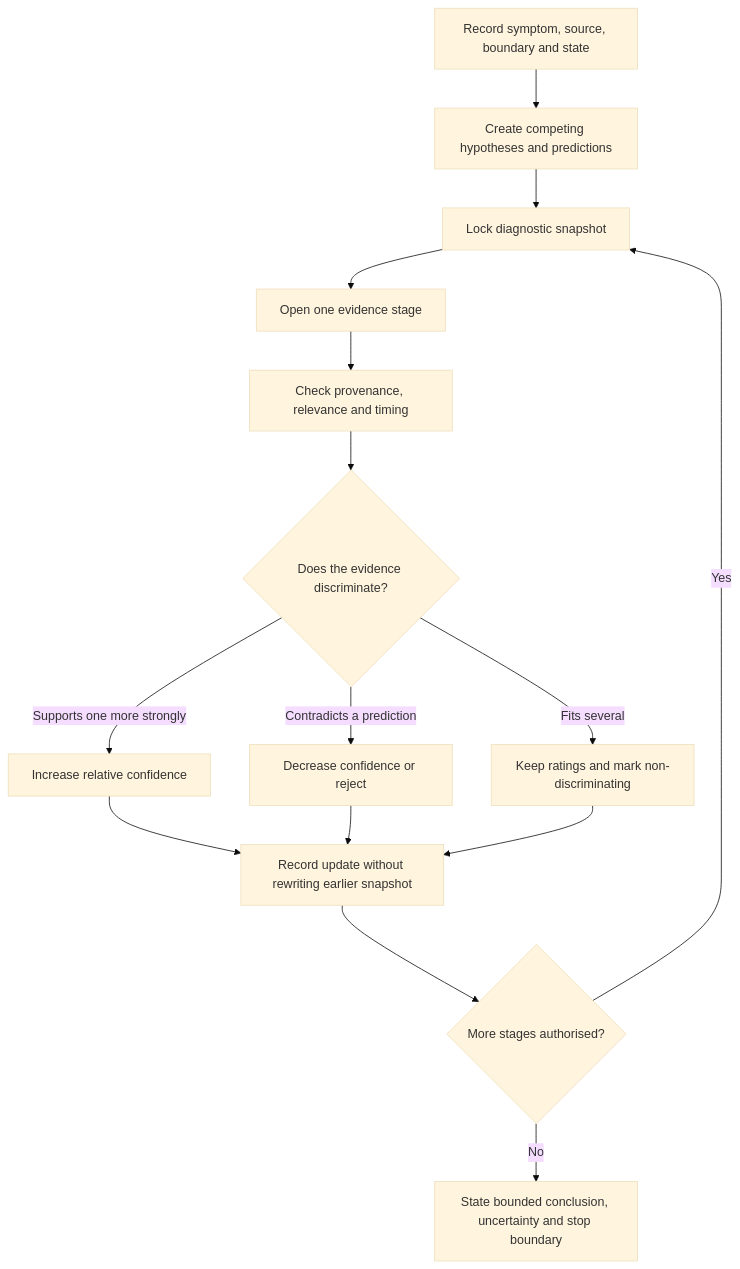
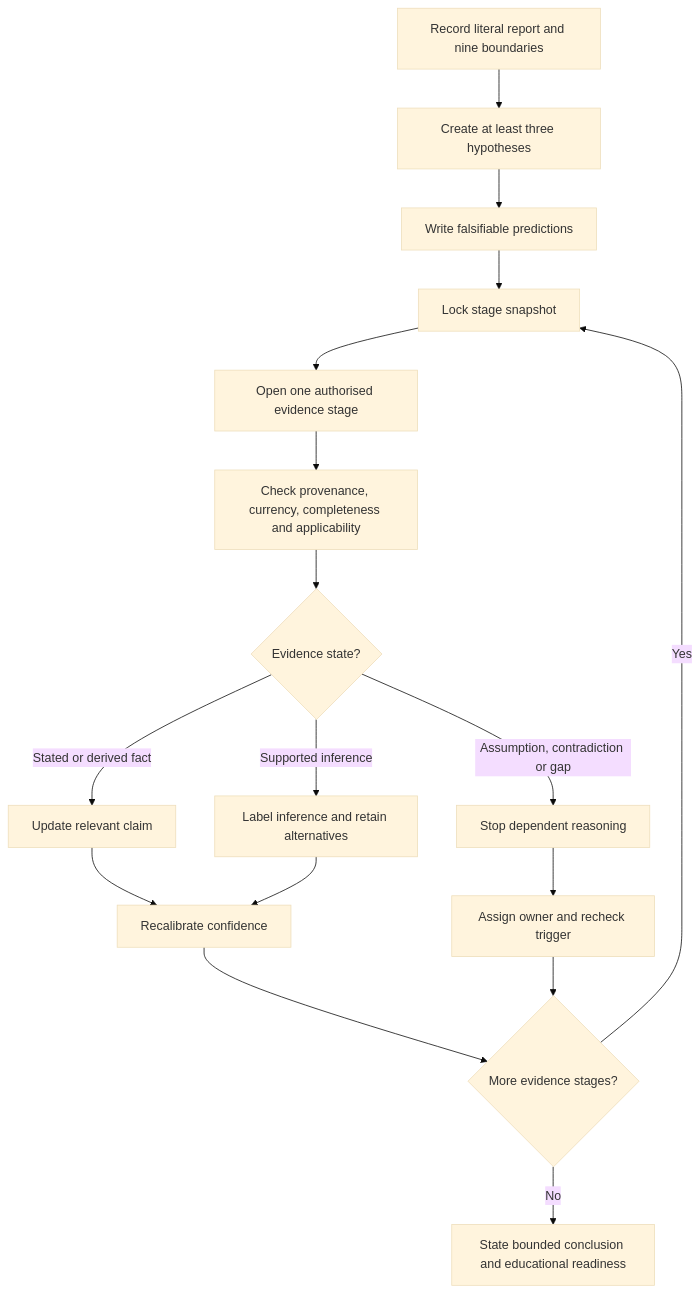
The first of 2 diagrams in docs/learning-plans/12-week/modules/day-69-fault-scenario-with-staged-evidence-release.md (andrew3stedall/capstone), drawn with Mermaid (base theme) before and after one commit. The commit also changed other lines of this file and 3 other files, not shown here.

Commit message:
Improve Day 69 staged evidence reasoning

````diff
--- a/docs/learning-plans/12-week/modules/day-69-fault-scenario-with-staged-evidence-release.md
+++ b/docs/learning-plans/12-week/modules/day-69-fault-scenario-with-staged-evidence-release.md
@@ -73,17 +94,19 @@
 ```mermaid
 flowchart TD
-  A[Record symptom, source, boundary and state] --> B[Create competing hypotheses and predictions]
-  B --> C[Lock diagnostic snapshot]
-  C --> D[Open one evidence stage]
-  D --> E[Check provenance, relevance and timing]
-  E --> F{Does the evidence discriminate?}
-  F -->|Supports one more strongly| G[Increase relative confidence]
-  F -->|Contradicts a prediction| H[Decrease confidence or reject]
-  F -->|Fits several| I[Keep ratings and mark non-discriminating]
-  G --> J[Record update without rewriting earlier snapshot]
-  H --> J
-  I --> J
-  J --> K{More stages authorised?}
-  K -->|Yes| C
-  K -->|No| L[State bounded conclusion, uncertainty and stop boundary]
+  A[Record literal report and nine boundaries] --> B[Create at least three hypotheses]
+  B --> C[Write falsifiable predictions]
+  C --> D[Lock stage snapshot]
+  D --> E[Open one authorised evidence stage]
+  E --> F[Check provenance, currency, completeness and applicability]
+  F --> G{Evidence state?}
+  G -->|Stated or derived fact| H[Update relevant claim]
+  G -->|Supported inference| I[Label inference and retain alternatives]
+  G -->|Assumption, contradiction or gap| J[Stop dependent reasoning]
+  H --> K[Recalibrate confidence]
+  I --> K
+  J --> L[Assign owner and recheck trigger]
+  K --> M{More evidence stages?}
+  L --> M
+  M -->|Yes| D
+  M -->|No| N[State bounded conclusion and educational readiness]
 ```
````
